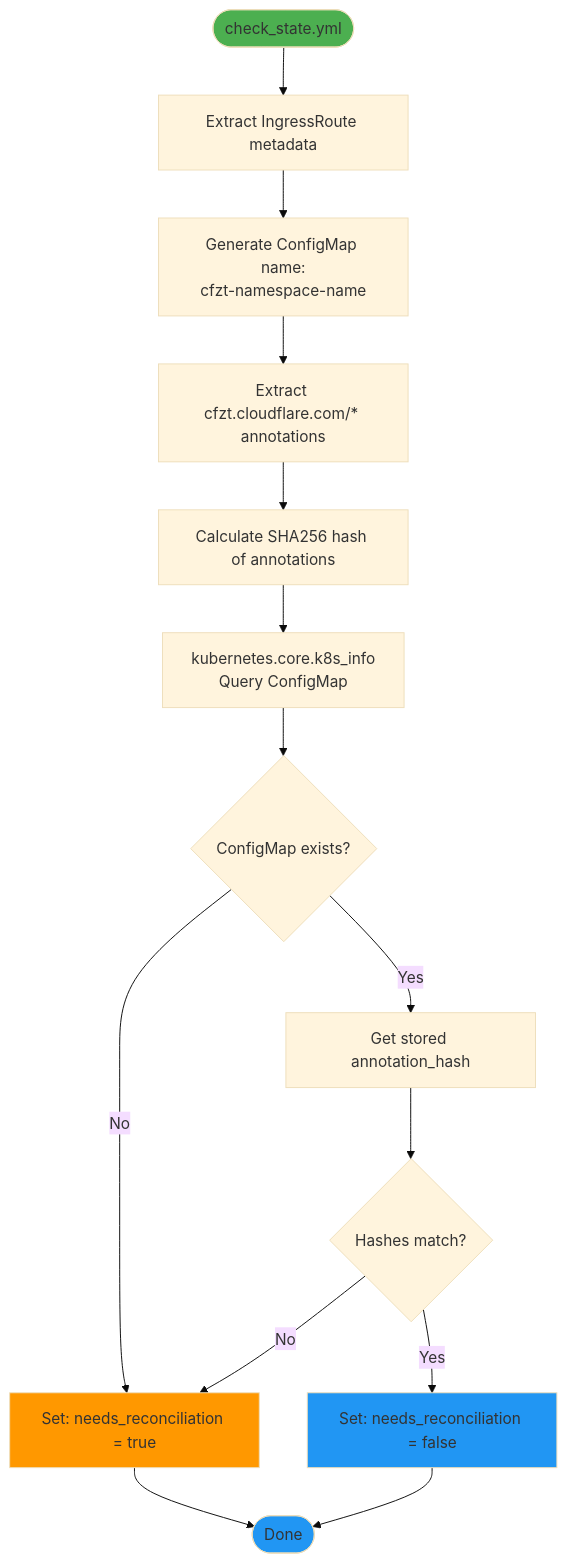
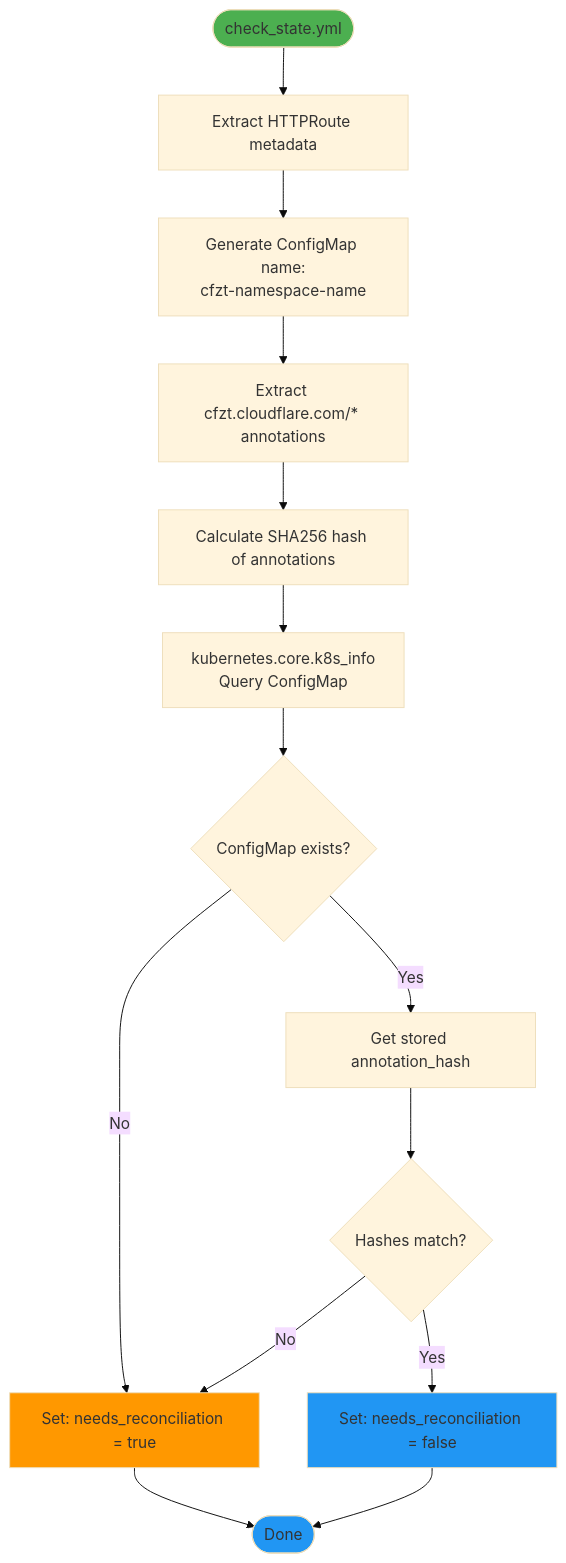
Before and after one commit to wheetazlab/cloudflare-zero-trust-operator: the seventh of 20 diagrams in docs/flow.md, drawn with Mermaid (base theme). The commit also changed other lines of this file and 24 other files, not shown here.

````diff
--- a/docs/flow.md
+++ b/docs/flow.md
@@ -559,28 +559,28 @@
 ```mermaid
 flowchart TD
-    START([check_state.yml]) --> EXTRACT[Extract IngressRoute metadata]
+    START([check_state.yml]) --> EXTRACT[Extract HTTPRoute metadata]
     EXTRACT --> GEN_NAME["Generate ConfigMap name:<br/>cfzt-namespace-name"]
     
     GEN_NAME --> PARSE_ANNO["Extract cfzt.cloudflare.com/* annotations"]
     
     PARSE_ANNO --> HASH[Calculate SHA256 hash of annotations]
     
     HASH --> CHECK_CM["kubernetes.core.k8s_info<br/>Query ConfigMap"]
     
     CHECK_CM --> EXISTS{ConfigMap exists?}
     
     EXISTS -->|No| NEED["Set: needs_reconciliation = true"]
     EXISTS -->|Yes| GET_HASH[Get stored annotation_hash]
     
     GET_HASH --> COMPARE{Hashes match?}
     COMPARE -->|No| NEED
     COMPARE -->|Yes| SKIP["Set: needs_reconciliation = false"]
     
     NEED --> END([Done])
     SKIP --> END
     
     style START fill:#4CAF50
     style NEED fill:#FF9800
     style SKIP fill:#2196F3
     style END fill:#2196F3
 ```
````
